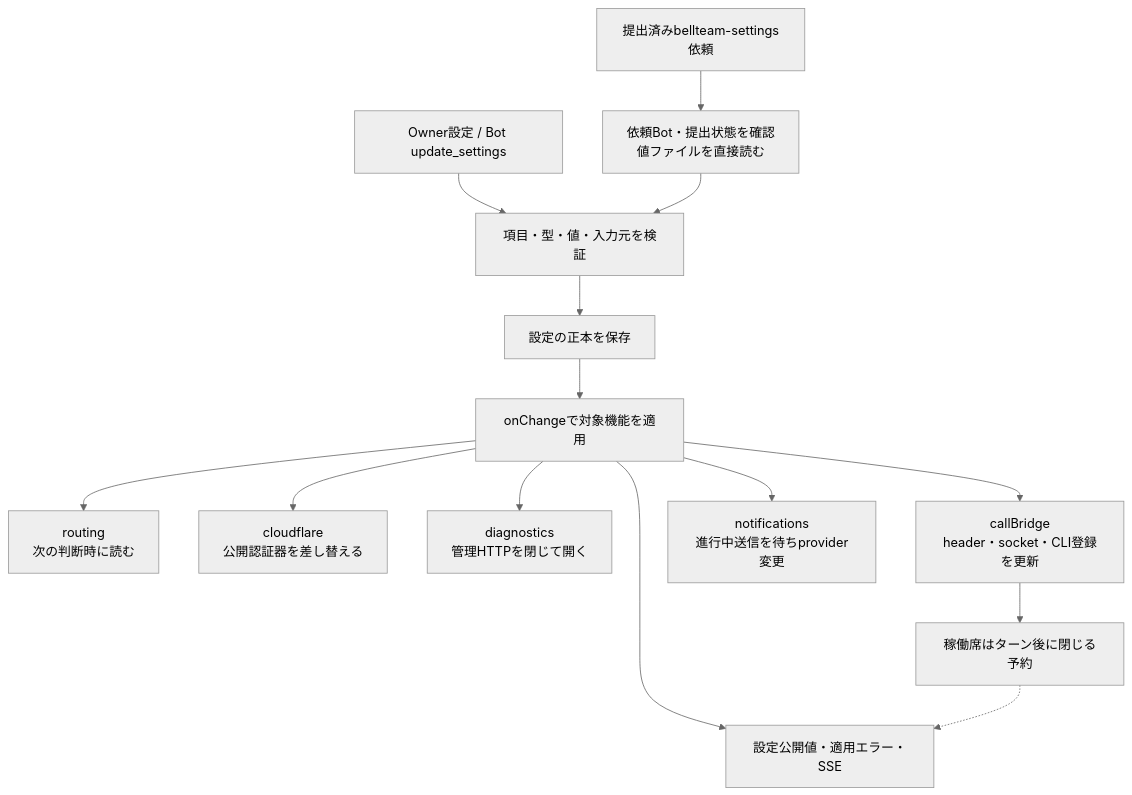
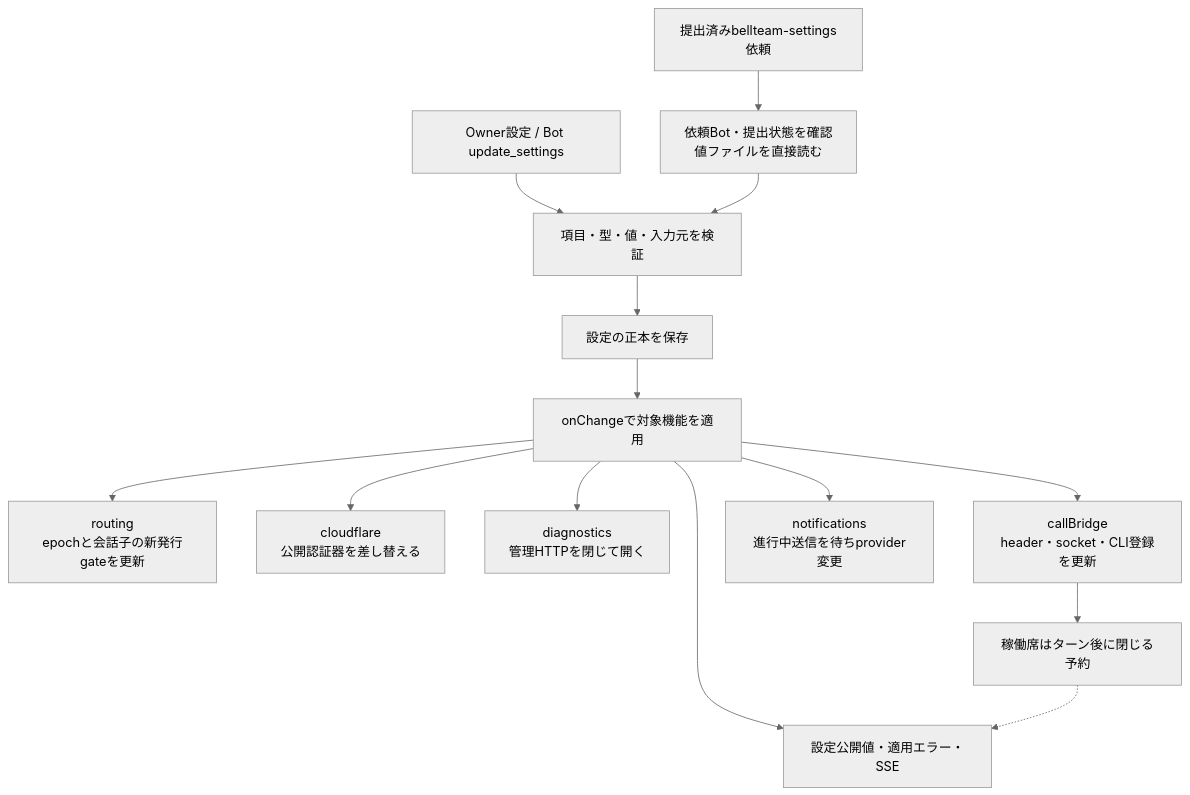
One commit to kitepon/BellTeam changed the fourth of 5 diagrams in docs/architecture/modules/usage/flows.md. Above: the diagram before and after it, drawn with Mermaid (neutral theme). The commit also changed other lines of this file and 4 other files, not shown here.

````diff
--- a/docs/architecture/modules/usage/flows.md
+++ b/docs/architecture/modules/usage/flows.md
@@ -104,16 +104,16 @@
 ```mermaid
 flowchart TD
   Input["Owner設定 / Bot update_settings"] --> Validate["項目・型・値・入力元を検証"]
   Secret["提出済みbellteam-settings依頼"] --> Read["依頼Bot・提出状態を確認<br/>値ファイルを直接読む"]
   Read --> Validate
   Validate --> Save["設定の正本を保存"]
   Save --> Apply["onChangeで対象機能を適用"]
-  Apply --> Route["routing<br/>次の判断時に読む"]
+  Apply --> Route["routing<br/>epochと会話子の新発行gateを更新"]
   Apply --> CF["cloudflare<br/>公開認証器を差し替える"]
   Apply --> Diag["diagnostics<br/>管理HTTPを閉じて開く"]
   Apply --> Call["callBridge<br/>header・socket・CLI登録を更新"]
   Apply --> Push["notifications<br/>進行中送信を待ちprovider変更"]
   Call --> Pending["稼働席はターン後に閉じる予約"]
   Apply --> View["設定公開値・適用エラー・SSE"]
   Pending -.-> View
 ```
````
